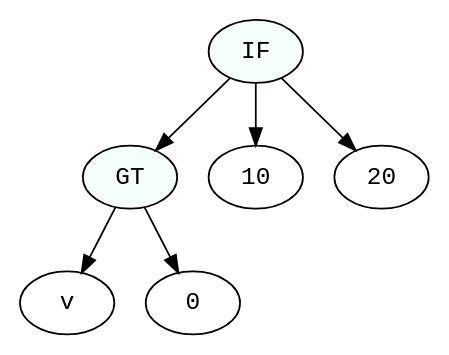
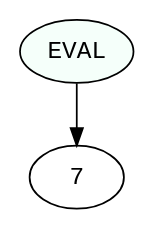
The diagram in ast.dot (GunendraBikram/cc_project_01), drawn with Graphviz before and after one commit. The commit also changed 5 other files, not shown here.

```diff
--- a/ast.dot
+++ b/ast.dot
@@ -1,13 +1,5 @@
 digraph print {
- 1 [label="v", fontname="monospace"];
- 2 [label="0", fontname="monospace"];
- 3 [label="GT", fontname="monospace", style=filled, fillcolor=mintcream];
- 3->1
- 3->2
- 4 [label="10", fontname="monospace"];
- 5 [label="20", fontname="monospace"];
- 6 [label="IF", fontname="monospace", style=filled, fillcolor=mintcream];
- 6->3
- 6->4
- 6->5
+ 1 [label="7", fontname="monospace"];
+ 2 [label="EVAL", fontname="monospace", style=filled, fillcolor=mintcream];
+ 2->1
  }
```
